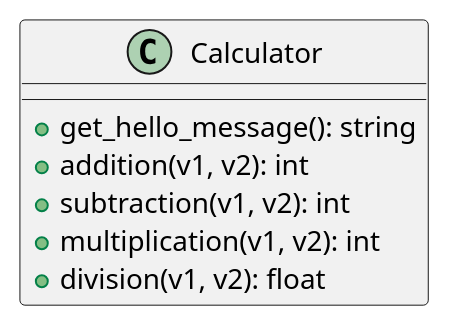
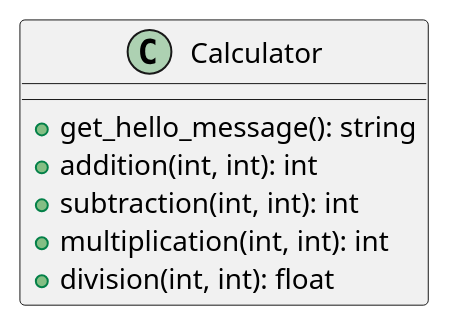
Before and after one commit to theobrogrammer/log430-a25-labo0: the diagram in docs/uml/class.puml, drawn with PlantUML. The commit also changed 3 other files, not shown here.

```diff
--- a/docs/uml/class.puml
+++ b/docs/uml/class.puml
@@ -1,9 +1,9 @@
 @startuml
     class Calculator {
         + get_hello_message(): string
-        + addition(v1, v2): int
-        + subtraction(v1, v2): int
-        + multiplication(v1, v2): int
-        + division(v1, v2): float
+        + addition(int, int): int
+        + subtraction(int, int): int
+        + multiplication(int, int): int
+        + division(int, int): float
     }
 @enduml
```
